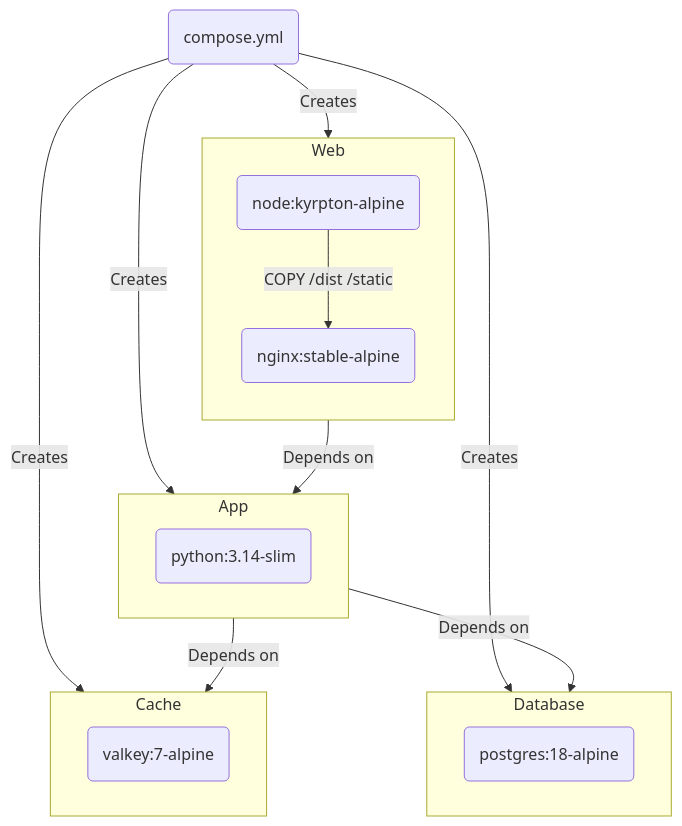
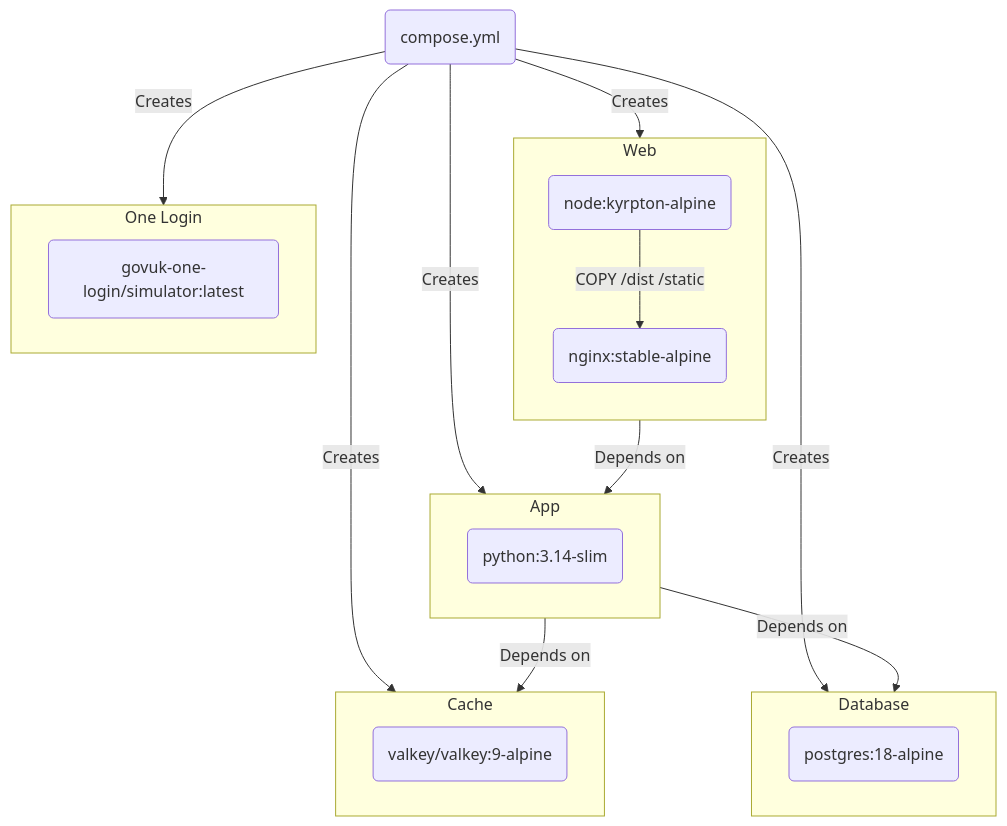
One commit to LandRegistry/govuk-frontend-flask changed the first of 2 diagrams in README.md. Above: the diagram before and after it, drawn with Mermaid. The commit also changed other lines of this file, not shown here.

Commit message:
more explicit urls in diagrams

````diff
--- a/README.md
+++ b/README.md
@@ -130,30 +130,35 @@
 ```mermaid
 flowchart TB
     compose(compose.yml)
     nginx(nginx:stable-alpine)
     node(node:kyrpton-alpine)
+    one-login(govuk-one-login/simulator:latest)
     postgres(postgres:18-alpine)
     python(python:3.14-slim)
-    valkey(valkey:7-alpine)
+    valkey(valkey/valkey:9-alpine)
 
-    compose -- Creates --> App & Cache & Web & Database
+    compose -- Creates --> App & Cache & Web & Database & onelogin
     App -- Depends on --> Cache & Database
     Web -- Depends on --> App
 
     subgraph Web
         direction TB
         node -- COPY /dist /static --> nginx
     end
 
     subgraph App
         python
     end
 
     subgraph Database
         postgres
     end
 
     subgraph Cache
         valkey
     end
+
+    subgraph onelogin [One Login]
+        one-login
+    end
 ```
````
